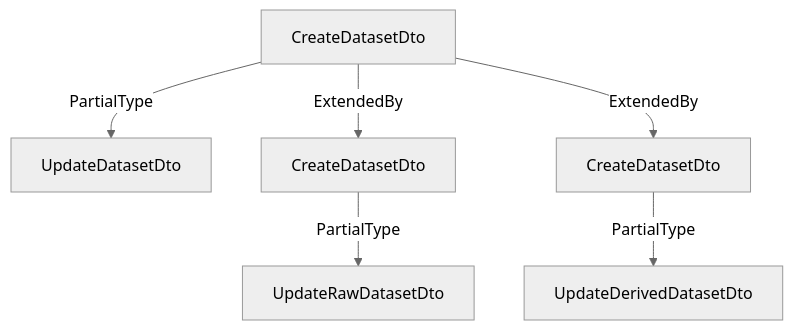
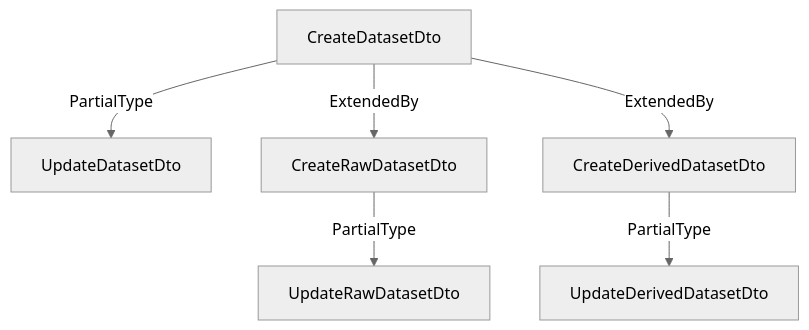
Before and after one commit to belfhi/scicat: the diagram in backend-next/src/datasets/datasets.md, drawn with Mermaid (neutral theme). The commit also changed other lines of this file and 16 other files, not shown here.

````diff
--- a/backend-next/src/datasets/datasets.md
+++ b/backend-next/src/datasets/datasets.md
@@ -9,8 +9,8 @@
 ```mermaid
 flowchart TD
     A[CreateDatasetDto] -- PartialType --> B[UpdateDatasetDto]
     A -- ExtendedBy --> C[CreateRawDatasetDto]
     A -- ExtendedBy --> D[CreateDerivedDatasetDto]
-    C[CreateDatasetDto] -- PartialType --> E[UpdateRawDatasetDto]
-    D[CreateDatasetDto] -- PartialType --> F[UpdateDerivedDatasetDto]
+    C[CreateRawDatasetDto] -- PartialType --> E[UpdateRawDatasetDto]
+    D[CreateDerivedDatasetDto] -- PartialType --> F[UpdateDerivedDatasetDto]
 ```
````
